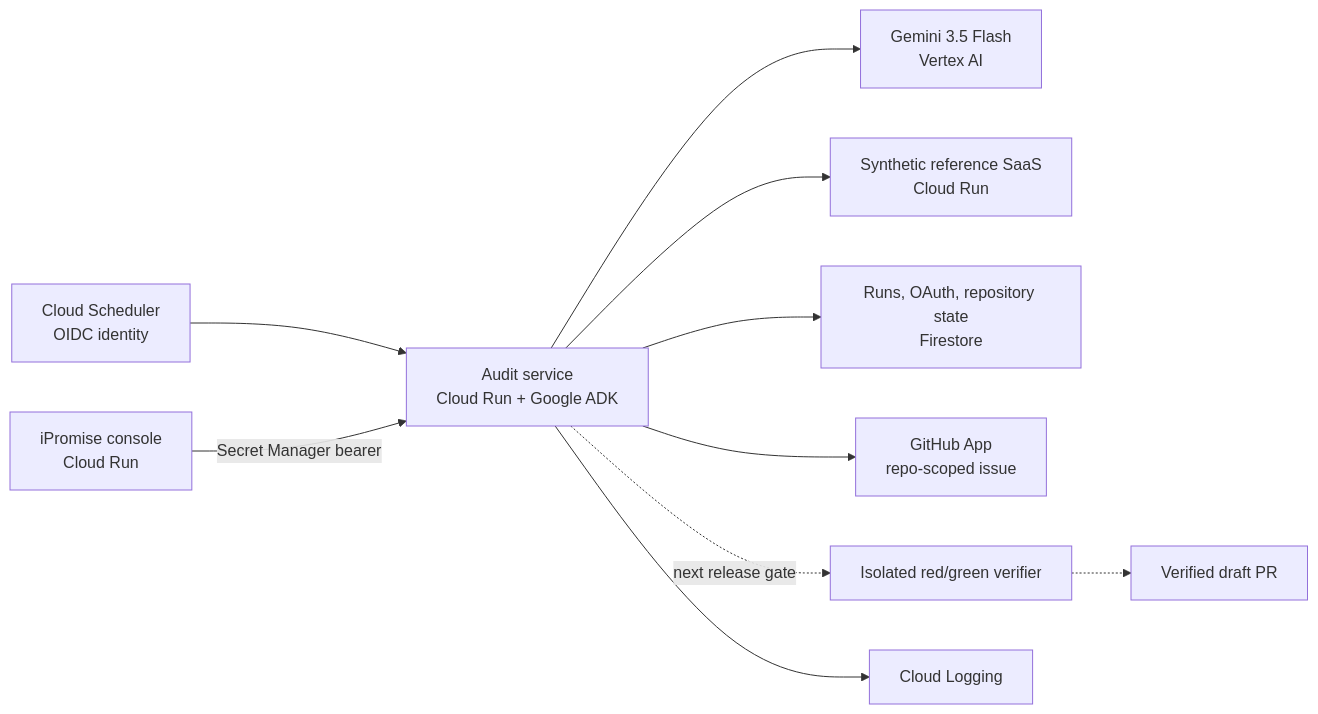
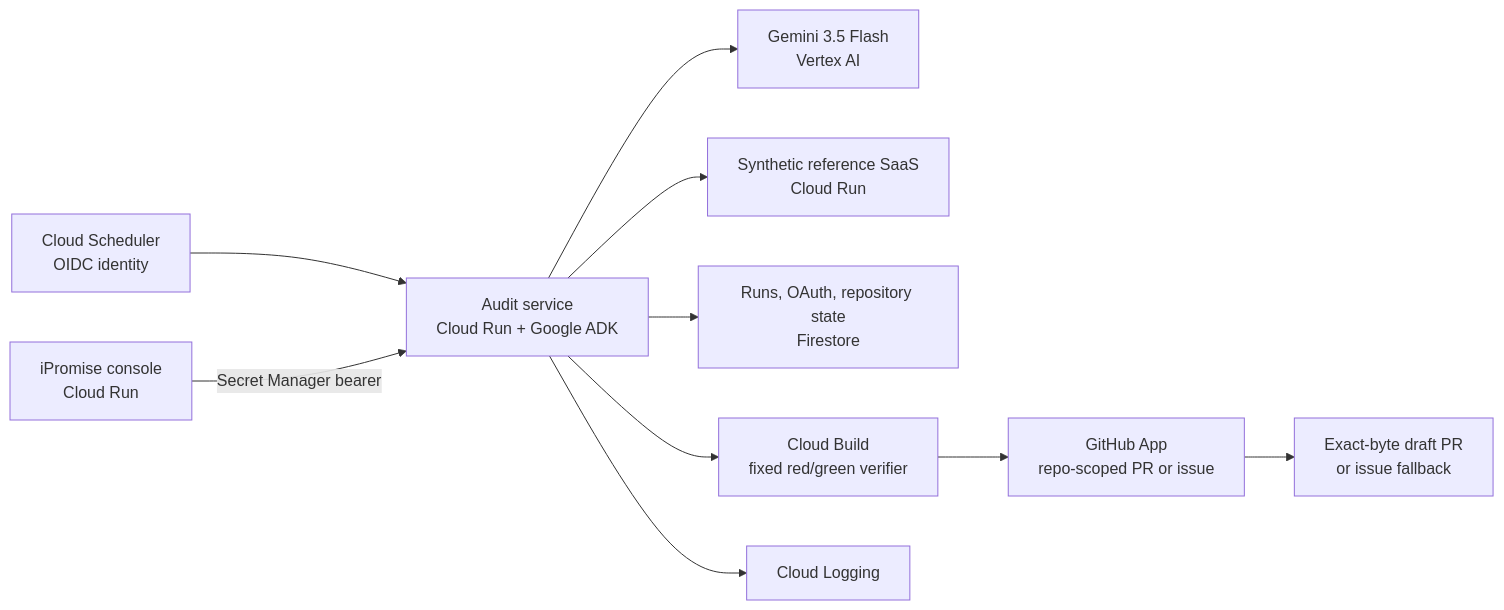
One commit to kostakarathana/iPromise changed the first of 2 diagrams in docs/architecture.md. Above: the diagram before and after it, drawn with Mermaid. The commit also changed other lines of this file and 48 other files, not shown here.

Commit message:
Integrate verified draft PR workflow (#2)

````diff
--- a/docs/architecture.md
+++ b/docs/architecture.md
@@ -13,12 +14,12 @@
 ```mermaid
 flowchart LR
     scheduler["Cloud Scheduler<br/>OIDC identity"] --> agent["Audit service<br/>Cloud Run + Google ADK"]
     console["iPromise console<br/>Cloud Run"] -->|"Secret Manager bearer"| agent
     agent --> model["Gemini 3.5 Flash<br/>Vertex AI"]
     agent --> target["Synthetic reference SaaS<br/>Cloud Run"]
     agent --> state["Runs, OAuth, repository state<br/>Firestore"]
-    agent --> github["GitHub App<br/>repo-scoped issue"]
-    agent -. "next release gate" .-> verifier["Isolated red/green verifier"]
-    verifier -.-> pr["Verified draft PR"]
+    agent --> verifier["Cloud Build<br/>fixed red/green verifier"]
+    verifier --> github["GitHub App<br/>repo-scoped PR or issue"]
+    github --> pr["Exact-byte draft PR<br/>or issue fallback"]
     agent --> telemetry["Cloud Logging"]
 ```
````
